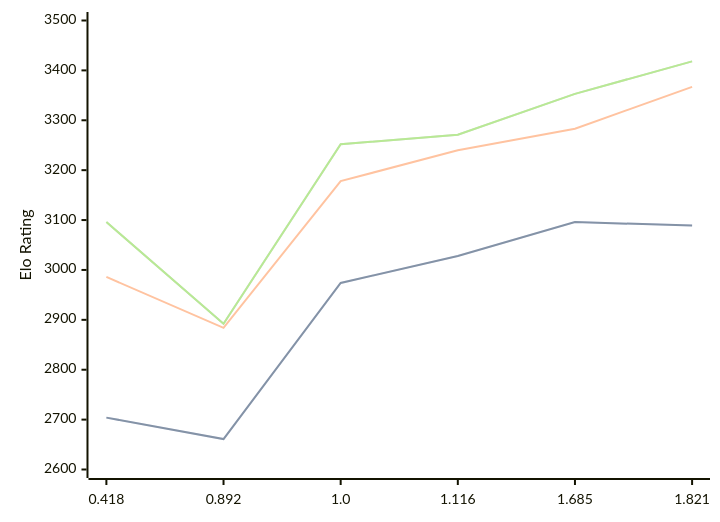
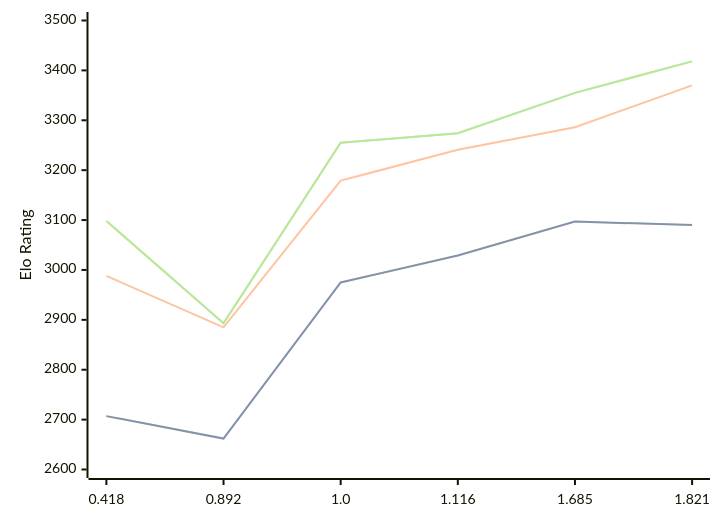
Before and after one commit to computer-chess-index/cci: the diagram in engines/Malika.md, drawn with Mermaid. The commit also changed other lines of this file, not shown here.

Commit message:
Update CCI Ratings (ELO VLTC) - 2026-08-22

````diff
--- a/engines/Malika.md
+++ b/engines/Malika.md
@@ -36,11 +36,11 @@
 ```mermaid
 %%{init: {"theme":"base","themeVariables":{"seriesColors:['#a3a3a3','#222221','#faa371']}}}%%
 xychart-beta
   x-axis ["0.418", "0.892", "1.0", "1.116", "1.685", "1.821"]
   y-axis "Elo Rating" 2600 --> 3500
-  line "STC (8.0+0.08s)" [2704, 2661, 2974, 3028, 3096, 3089]
-  line "STC (8.0+0.08s)" [2704, 2661, 2974, 3028, 3096, 3089]
-  line "LTC (60.0+0.60s)" [2986, 2884, 3178, 3240, 3283, 3367]
-  line "VLTC (2m24s+1.12s)" [3096, 2892, 3252, 3271, 3353, 3418]
-  line "VLTC (2m24s+1.12s)" [3096, 2892, 3252, 3271, 3353, 3418]
+  line "STC (8.0+0.08s)" [2707, 2662, 2975, 3029, 3097, 3090]
+  line "STC (8.0+0.08s)" [2707, 2662, 2975, 3029, 3097, 3090]
+  line "LTC (60.0+0.60s)" [2988, 2885, 3179, 3241, 3286, 3370]
+  line "VLTC (2m24s+1.12s)" [3098, 2893, 3255, 3274, 3355, 3418]
+  line "VLTC (2m24s+1.12s)" [3098, 2893, 3255, 3274, 3355, 3418]
 ```
````
